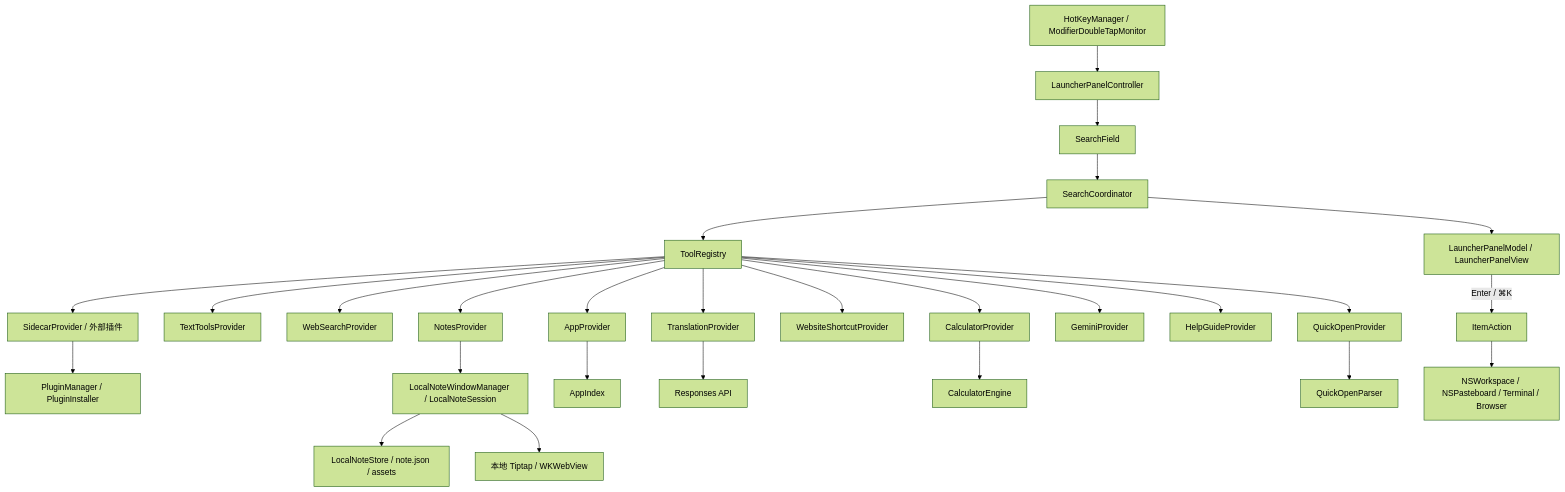
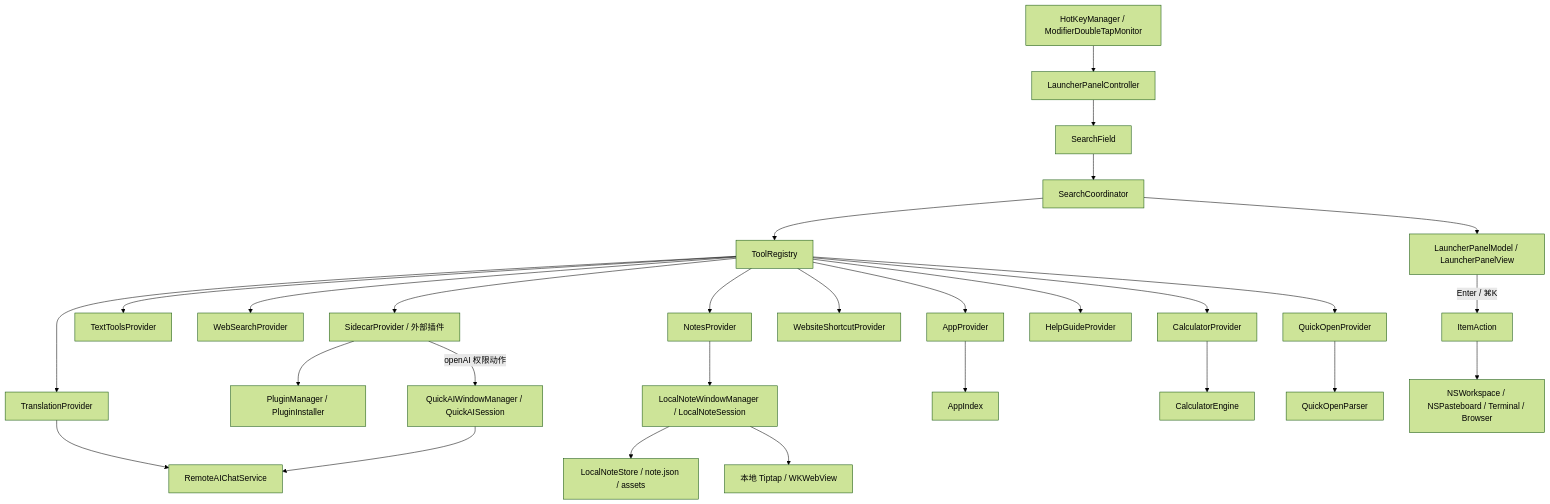
Before and after one commit to CrxusDonts/DontsTool: the diagram in docs/architecture.md, drawn with Mermaid (forest theme). The commit also changed other lines of this file and 46 other files, not shown here.

Commit message:
feat: unify multi-format AI service (OpenAI/Gemini), native Quick AI window, and openAI plugin capability

````diff
--- a/docs/architecture.md
+++ b/docs/architecture.md
@@ -51,29 +51,30 @@
 ```mermaid
 flowchart TD
     HK[HotKeyManager / ModifierDoubleTapMonitor] --> Panel[LauncherPanelController]
     Panel --> Field[SearchField]
     Field --> Coord[SearchCoordinator]
     Coord --> Registry[ToolRegistry]
     Registry --> AppP[AppProvider]
     Registry --> TextP[TextToolsProvider]
     Registry --> WebP[WebSearchProvider]
     Registry --> TransP[TranslationProvider]
     Registry --> CalcP[CalculatorProvider]
     Registry --> QuickP[QuickOpenProvider]
     Registry --> SiteP[WebsiteShortcutProvider]
     Registry --> NoteP[NotesProvider]
-    Registry --> GeminiP[GeminiProvider]
     Registry --> GuideP[HelpGuideProvider]
     Registry --> SidecarP[SidecarProvider / 外部插件]
     SidecarP --> PluginMgr[PluginManager / PluginInstaller]
+    SidecarP -->|openAI 权限动作| AIWin[QuickAIWindowManager / QuickAISession]
     NoteP --> Notes[LocalNoteWindowManager / LocalNoteSession]
     Notes --> NoteStore[LocalNoteStore / note.json / assets]
     Notes --> NoteWeb[本地 Tiptap / WKWebView]
     AppP --> Index[AppIndex]
-    TransP --> RemoteAPI[Responses API]
+    TransP --> RemoteAI[RemoteAIChatService]
+    AIWin --> RemoteAI
     CalcP --> Calc[CalculatorEngine]
     QuickP --> QParser[QuickOpenParser]
     Coord --> List[LauncherPanelModel / LauncherPanelView]
     List -->|Enter / ⌘K| Action[ItemAction]
     Action --> System[NSWorkspace / NSPasteboard / Terminal / Browser]
 ```
````
